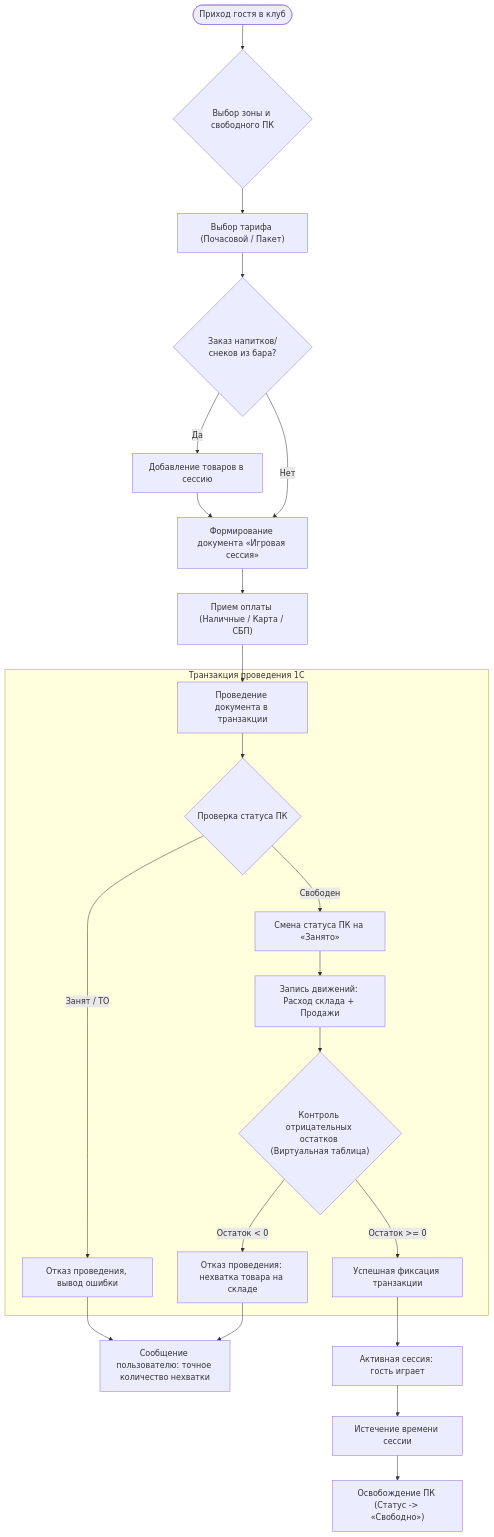
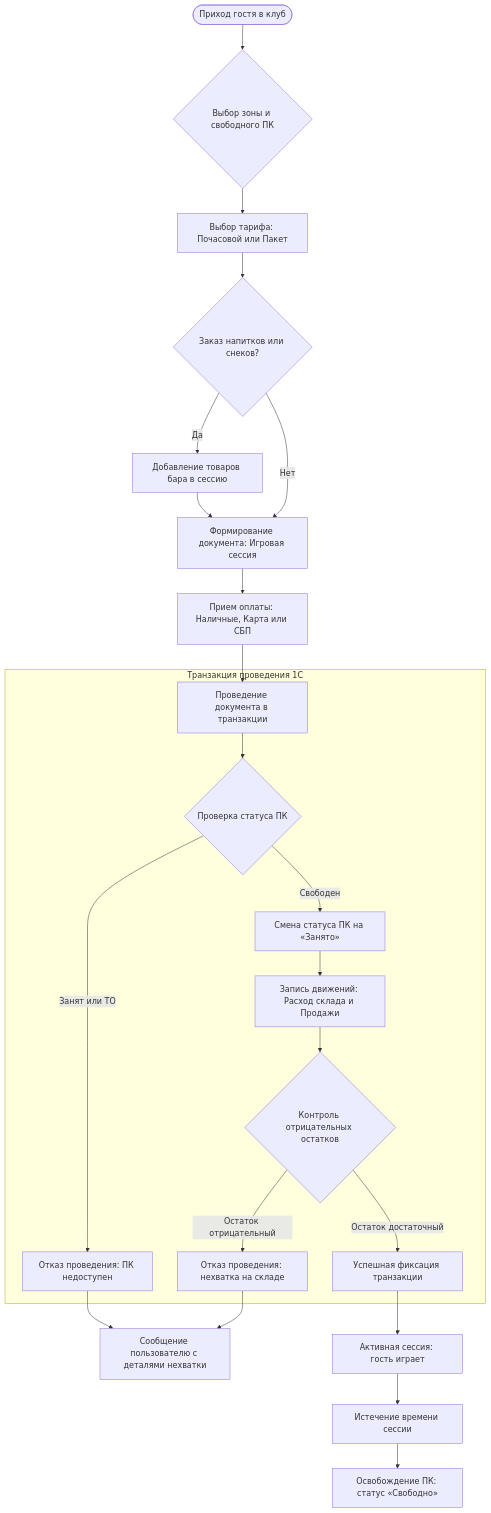
Before and after one commit to KBAPTETus/Astra-Club-1C: the first of 2 diagrams in README.md, drawn with Mermaid. The commit also changed other lines of this file and 2 other files, not shown here.

Commit message:
fix(docs): исправление Mermaid-диаграмм для корректного рендеринга на GitHub

````diff
--- a/README.md
+++ b/README.md
@@ -48,27 +48,27 @@
 ```mermaid
 flowchart TD
     Start(["Приход гостя в клуб"]) --> CheckPC{"Выбор зоны и свободного ПК"}
-    CheckPC --> SelectTariff["Выбор тарифа (Почасовой / Пакет)"]
-    SelectTariff --> AddBar{"Заказ напитков/снеков из бара?"}
-    AddBar -- "Да" --> PickItems["Добавление товаров в сессию"]
-    AddBar -- "Нет" --> CreateDoc["Формирование документа «Игровая сессия»"]
+    CheckPC --> SelectTariff["Выбор тарифа: Почасовой или Пакет"]
+    SelectTariff --> AddBar{"Заказ напитков или снеков?"}
+    AddBar -- "Да" --> PickItems["Добавление товаров бара в сессию"]
+    AddBar -- "Нет" --> CreateDoc["Формирование документа: Игровая сессия"]
     PickItems --> CreateDoc
-    CreateDoc --> Payment["Прием оплаты (Наличные / Карта / СБП)"]
+    CreateDoc --> Payment["Прием оплаты: Наличные, Карта или СБП"]
     Payment --> Posting["Проведение документа в транзакции"]
     
-    subgraph PostingTransaction["Транзакция проведения 1С"]
+    subgraph Trans["Транзакция проведения 1С"]
         Posting --> CheckStatus{"Проверка статуса ПК"}
-        CheckStatus -- "Занят / ТО" --> RejectStatus["Отказ проведения, вывод ошибки"]
+        CheckStatus -- "Занят или ТО" --> RejectStatus["Отказ проведения: ПК недоступен"]
         CheckStatus -- "Свободен" --> SetBusy["Смена статуса ПК на «Занято»"]
-        SetBusy --> WriteMovements["Запись движений: Расход склада + Продажи"]
-        WriteMovements --> CheckStocks{"Контроль отрицательных остатков (Виртуальная таблица)"}
-        CheckStocks -- "Остаток < 0" --> Rollback["Отказ проведения: нехватка товара на складе"]
-        CheckStocks -- "Остаток >= 0" --> CommitTrans["Успешная фиксация транзакции"]
+        SetBusy --> WriteMovements["Запись движений: Расход склада и Продажи"]
+        WriteMovements --> CheckStocks{"Контроль отрицательных остатков"}
+        CheckStocks -- "Остаток отрицательный" --> Rollback["Отказ проведения: нехватка на складе"]
+        CheckStocks -- "Остаток достаточный" --> CommitTrans["Успешная фиксация транзакции"]
     end
     
-    Rollback --> ErrorUI["Сообщение пользователю: точное количество нехватки"]
+    Rollback --> ErrorUI["Сообщение пользователю с деталями нехватки"]
     RejectStatus --> ErrorUI
     CommitTrans --> ActiveSession["Активная сессия: гость играет"]
     ActiveSession --> FinishTime["Истечение времени сессии"]
-    FinishTime --> FreePC["Освобождение ПК (Статус -> «Свободно»)"]
+    FinishTime --> FreePC["Освобождение ПК: статус «Свободно»"]
 ```
````
